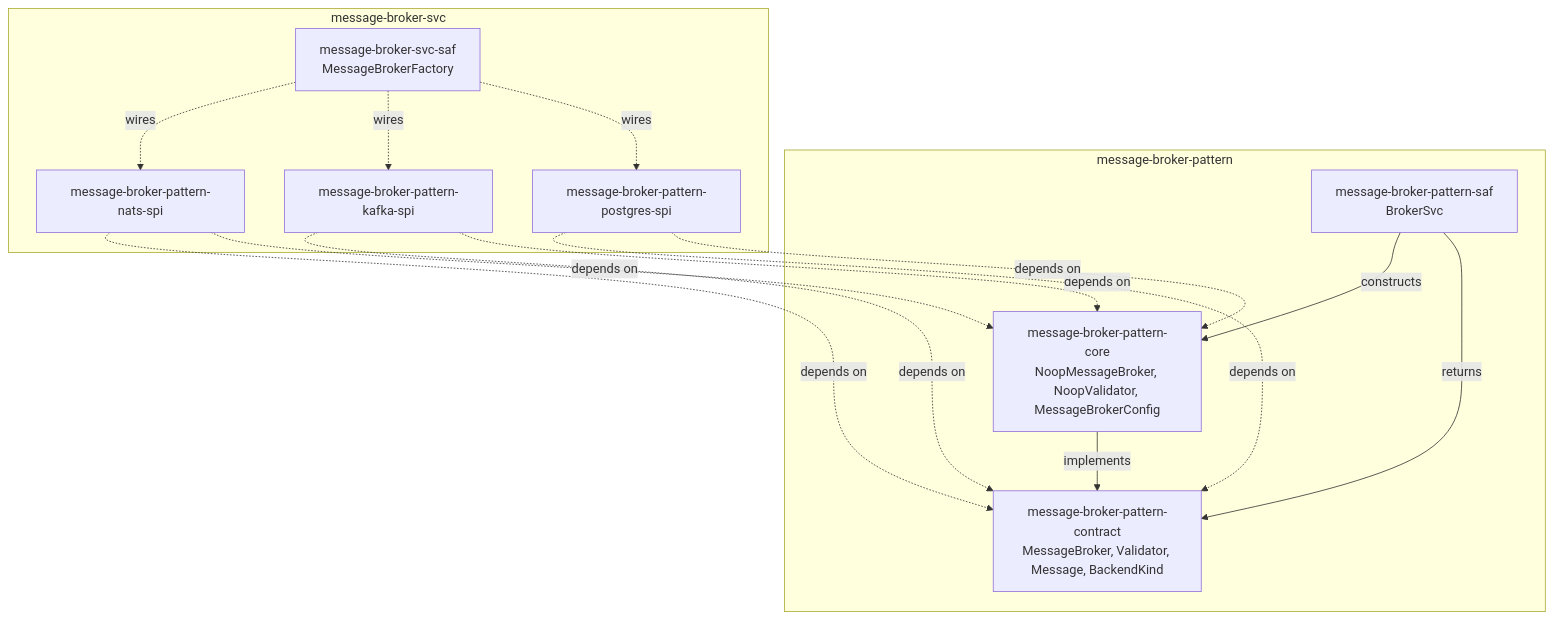
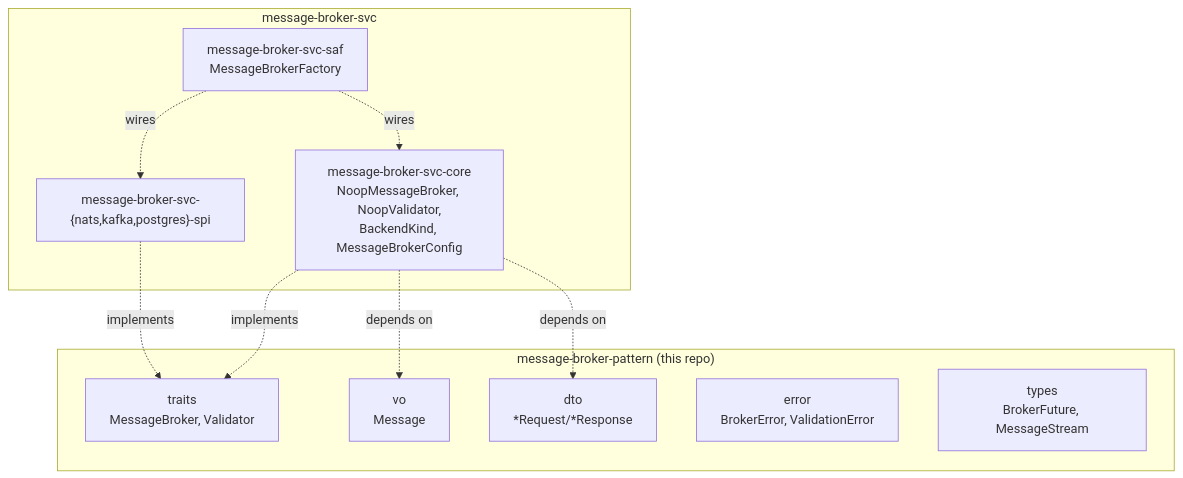
Before and after one commit to sweengineeringlabs/message-broker-pattern: the diagram in docs/3-design/architecture.md, drawn with Mermaid. The commit also changed other lines of this file and 49 other files, not shown here.

````diff
--- a/docs/3-design/architecture.md
+++ b/docs/3-design/architecture.md
@@ -30,28 +27,23 @@
 ```mermaid
 flowchart TD
-    subgraph pattern["message-broker-pattern"]
-        saf["message-broker-pattern-saf<br/>BrokerSvc"]
-        contract["message-broker-pattern-contract<br/>MessageBroker, Validator, Message, BackendKind"]
-        core["message-broker-pattern-core<br/>NoopMessageBroker, NoopValidator, MessageBrokerConfig"]
-        core -->|implements| contract
-        saf -->|constructs| core
-        saf -->|returns| contract
+    subgraph pattern["message-broker-pattern (this repo)"]
+        traits["traits<br/>MessageBroker, Validator"]
+        vo["vo<br/>Message"]
+        dto["dto<br/>*Request/*Response"]
+        error["error<br/>BrokerError, ValidationError"]
+        types["types<br/>BrokerFuture, MessageStream"]
     end
 
     subgraph svc["message-broker-svc"]
-        svcsaf["message-broker-svc-saf<br/>MessageBrokerFactory"]
-        nats["message-broker-pattern-nats-spi"]
-        kafka["message-broker-pattern-kafka-spi"]
-        postgres["message-broker-pattern-postgres-spi"]
+        core["message-broker-svc-core<br/>NoopMessageBroker, NoopValidator,<br/>BackendKind, MessageBrokerConfig"]
+        spi["message-broker-svc-{nats,kafka,postgres}-spi"]
+        saf["message-broker-svc-saf<br/>MessageBrokerFactory"]
     end
 
-    nats -.->|depends on| contract
-    kafka -.->|depends on| contract
-    postgres -.->|depends on| contract
-    nats -.->|depends on| core
-    kafka -.->|depends on| core
-    postgres -.->|depends on| core
-    svcsaf -.->|wires| nats
-    svcsaf -.->|wires| kafka
-    svcsaf -.->|wires| postgres
+    core -.->|implements| traits
+    spi -.->|implements| traits
+    core -.->|depends on| vo
+    core -.->|depends on| dto
+    saf -.->|wires| core
+    saf -.->|wires| spi
 ```
````
